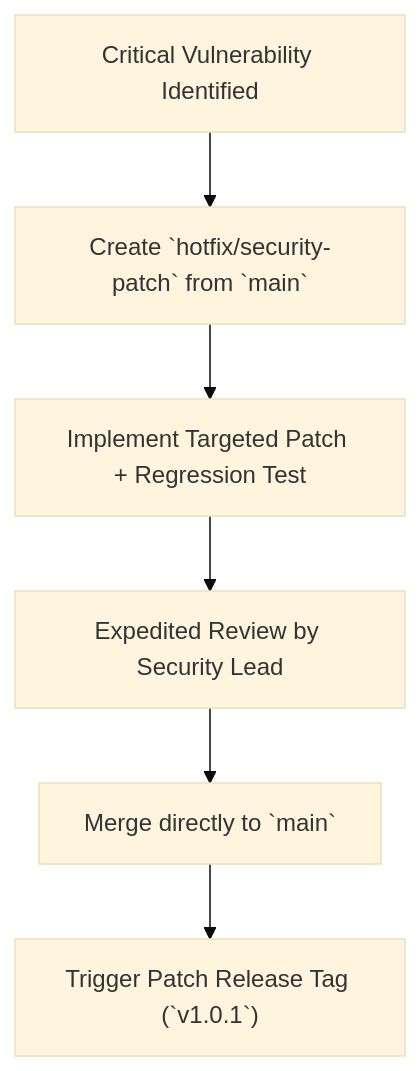
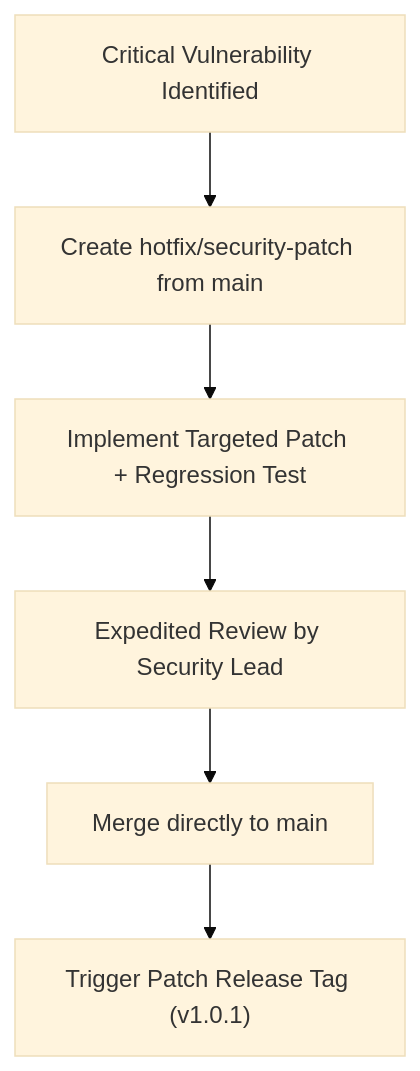
Before and after one commit to Subhadip-Paul2006/NETRA-Backend: the third of 3 diagrams in docs/WORKFLOW.md, drawn with Mermaid (base theme). The commit also changed other lines of this file and 14 other files, not shown here.

Commit message:
fix(docs): resolve GitHub Mermaid diagram lexical errors and KaTeX math formatting across all specifications

````diff
--- a/docs/WORKFLOW.md
+++ b/docs/WORKFLOW.md
@@ -128,8 +128,8 @@
 ```mermaid
 flowchart TD
-    Vuln["Critical Vulnerability Identified"] --> HotfixBranch["Create `hotfix/security-patch` from `main`"]
+    Vuln["Critical Vulnerability Identified"] --> HotfixBranch["Create hotfix/security-patch from main"]
     HotfixBranch --> Patch["Implement Targeted Patch + Regression Test"]
     Patch --> ExpeditedReview["Expedited Review by Security Lead"]
-    ExpeditedReview --> MergeMain["Merge directly to `main`"]
-    MergeMain --> TagRelease["Trigger Patch Release Tag (`v1.0.1`)"]
+    ExpeditedReview --> MergeMain["Merge directly to main"]
+    MergeMain --> TagRelease["Trigger Patch Release Tag (v1.0.1)"]
 ```
````
